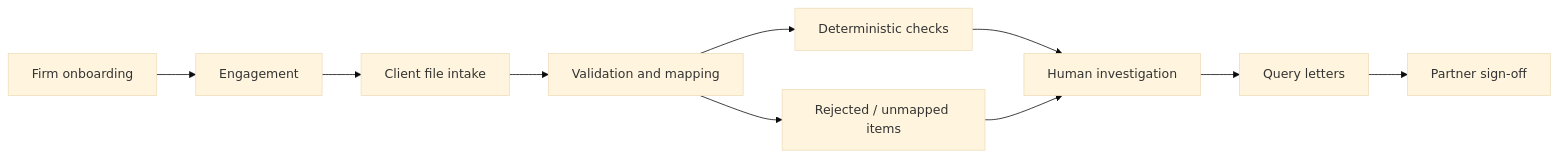
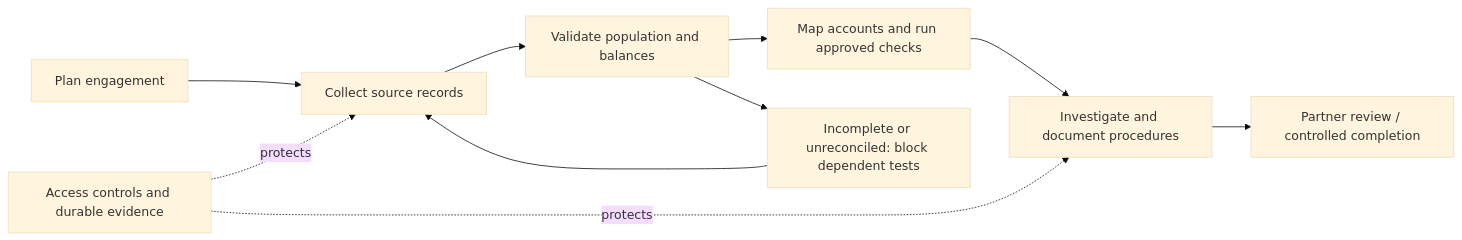
Before and after one commit to alokrathava/audit-intelligence-docs-site: the diagram in docs/intro.md, drawn with Mermaid (base theme). The commit also changed other lines of this file and 29 other files, not shown here.

````diff
--- a/docs/intro.md
+++ b/docs/intro.md
@@ -42,12 +35,12 @@
 ```mermaid
 flowchart LR
-    A["Firm onboarding"] --> B["Engagement"]
-    B --> C["Client file intake"]
-    C --> D["Validation and mapping"]
-    D --> E["Deterministic checks"]
-    E --> F["Human investigation"]
-    F --> G["Query letters"]
-    G --> H["Partner sign-off"]
-    D --> X["Rejected / unmapped items"]
-    X --> F
+  A["Plan engagement"] --> B["Collect source records"]
+  B --> C["Validate population and balances"]
+  C --> D["Map accounts and run approved checks"]
+  D --> E["Investigate and document procedures"]
+  E --> F["Partner review / controlled completion"]
+  G["Access controls and durable evidence"] -. protects .-> B
+  G -. protects .-> E
+  C --> H["Incomplete or unreconciled: block dependent tests"]
+  H --> B
 ```
````
